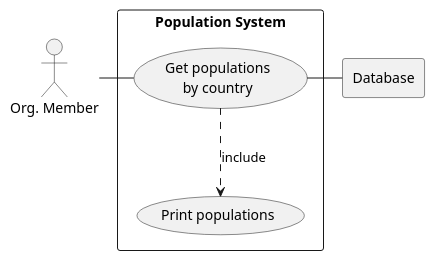
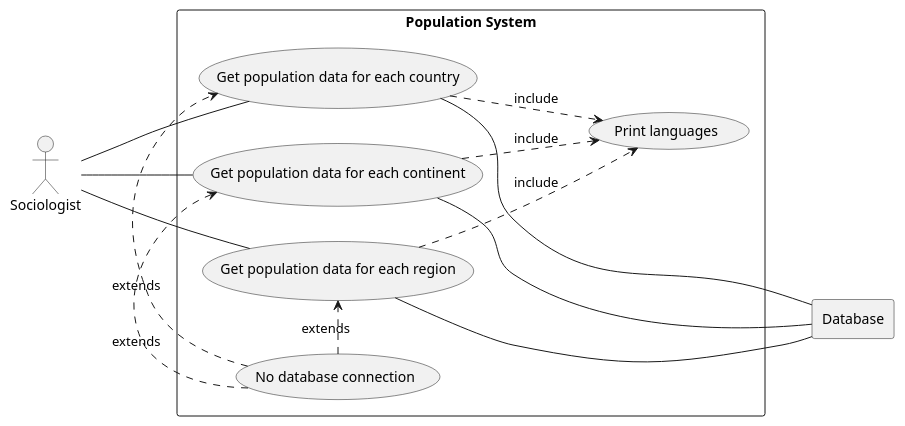
Before and after one commit to NikitaEdin/SET08103_2024-5: the diagram in DOCS/UseCase/Diagrams/Population System.puml, drawn with PlantUML. The commit also changed 15 other files, not shown here.

Commit message:
Use cases and use case diagrams finished

```diff
--- a/DOCS/UseCase/Diagrams/Population System.puml
+++ b/DOCS/UseCase/Diagrams/Population System.puml
@@ -1,18 +1,34 @@
 @startuml
+left to right direction
 
-actor mem as "Org. Member"
+actor mem as "Sociologist"
 
 rectangle Database
 
 rectangle "Population System" {
-    usecase UC1 as "Get populations
-    by country"
+    usecase UC1 as "Get population data for each continent"
+    usecase UC2 as "Get population data for each country"
+    usecase UC3 as "Get population data for each region"
 
-    usecase UCa as "Print populations"
+    usecase UCa as "Print languages"
+    usecase UCb as "No database connection"
 
-    mem - UC1
+    mem -- UC1
+    mem -- UC2
+    mem -- UC3
+
+    UC1 --- Database
+    UC2 --- Database
+    UC3 --- Database
+
     UC1 ..> UCa : include
-    UC1 - Database
+    UC2 ..> UCa : include
+    UC3 ..> UCa : include
+
+
+    UCb .> UC2 : extends
+    UCb .> UC1 : extends
+    UCb .> UC3 : extends
 }
 
 @enduml
```
